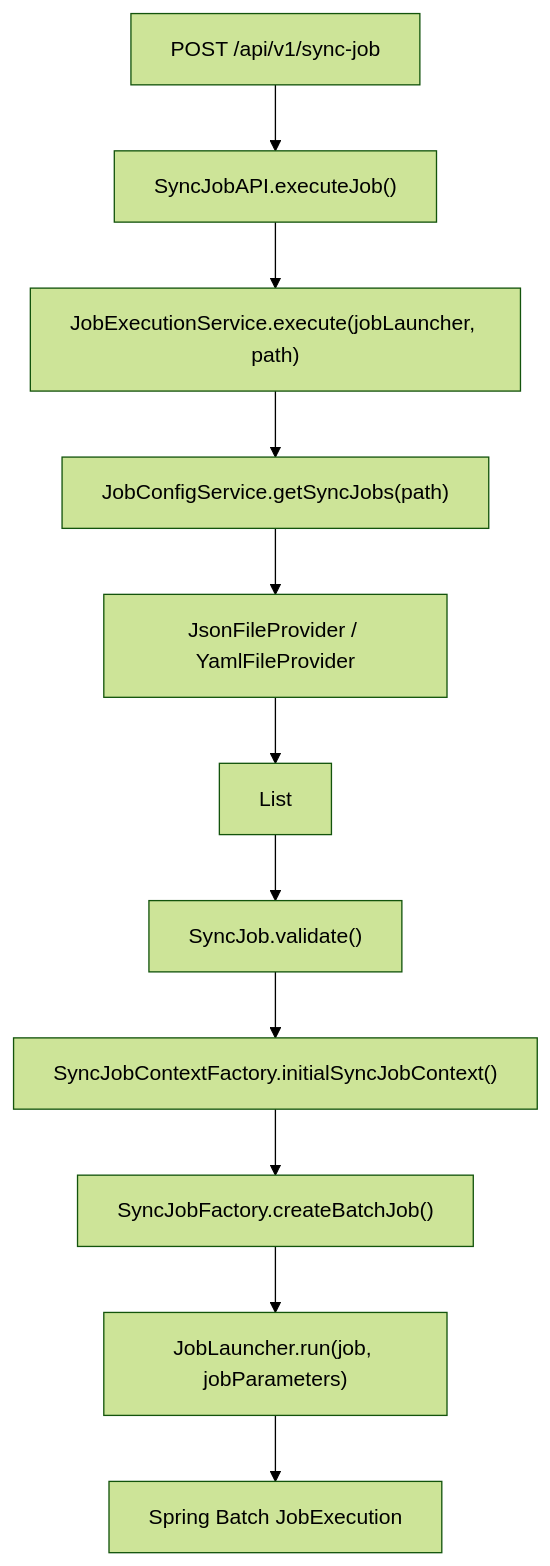
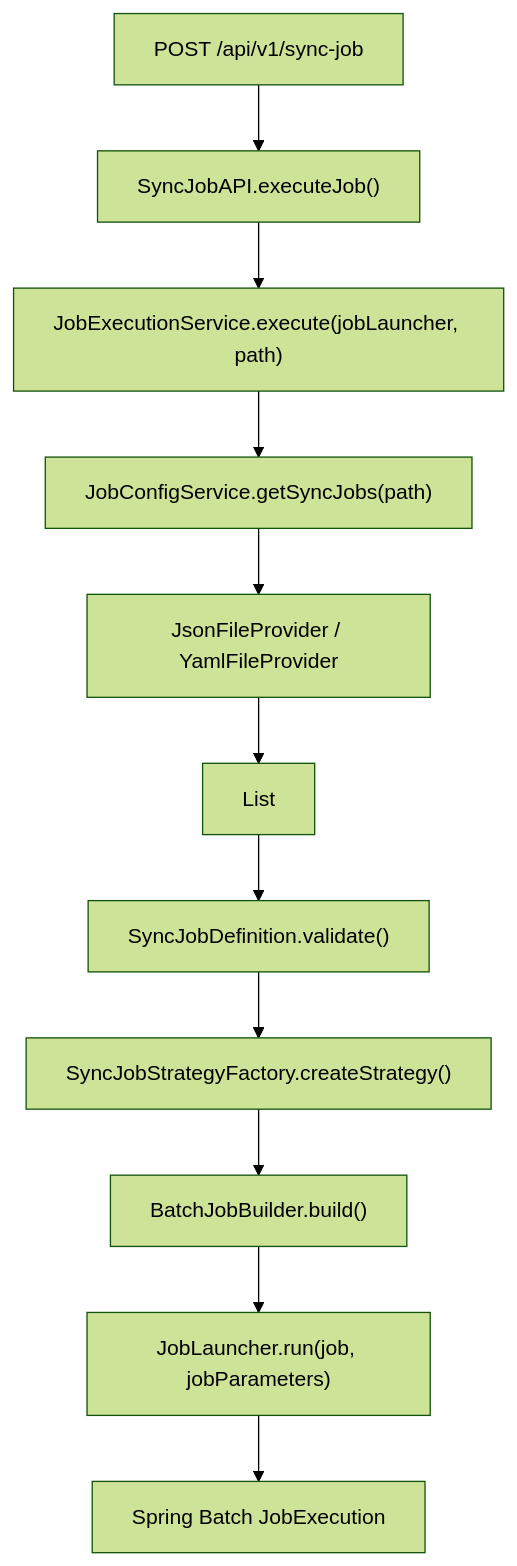
The diagram in backend/docs/architecture/core-flow.md (tibame201020/IrisPipe), drawn with Mermaid (forest theme) before and after one commit. The commit also changed other lines of this file and 138 other files, not shown here.

Commit message:
feat: complete Phase 2 architecture refactoring and naming alignment

````diff
--- a/backend/docs/architecture/core-flow.md
+++ b/backend/docs/architecture/core-flow.md
@@ -5,13 +5,13 @@
 ```mermaid
 graph TD
     A["POST /api/v1/sync-job"] --> B["SyncJobAPI.executeJob()"]
     B --> C["JobExecutionService.execute(jobLauncher, path)"]
     C --> D["JobConfigService.getSyncJobs(path)"]
     D --> E["JsonFileProvider / YamlFileProvider"]
-    E --> F["List<SyncJob>"]
-    F --> G["SyncJob.validate()"]
-    G --> H["SyncJobContextFactory.initialSyncJobContext()"]
-    H --> I["SyncJobFactory.createBatchJob()"]
+    E --> F["List<SyncJobDefinition>"]
+    F --> G["SyncJobDefinition.validate()"]
+    G --> H["SyncJobStrategyFactory.createStrategy()"]
+    H --> I["BatchJobBuilder.build()"]
     I --> J["JobLauncher.run(job, jobParameters)"]
     J --> K["Spring Batch JobExecution"]
 ```
````
